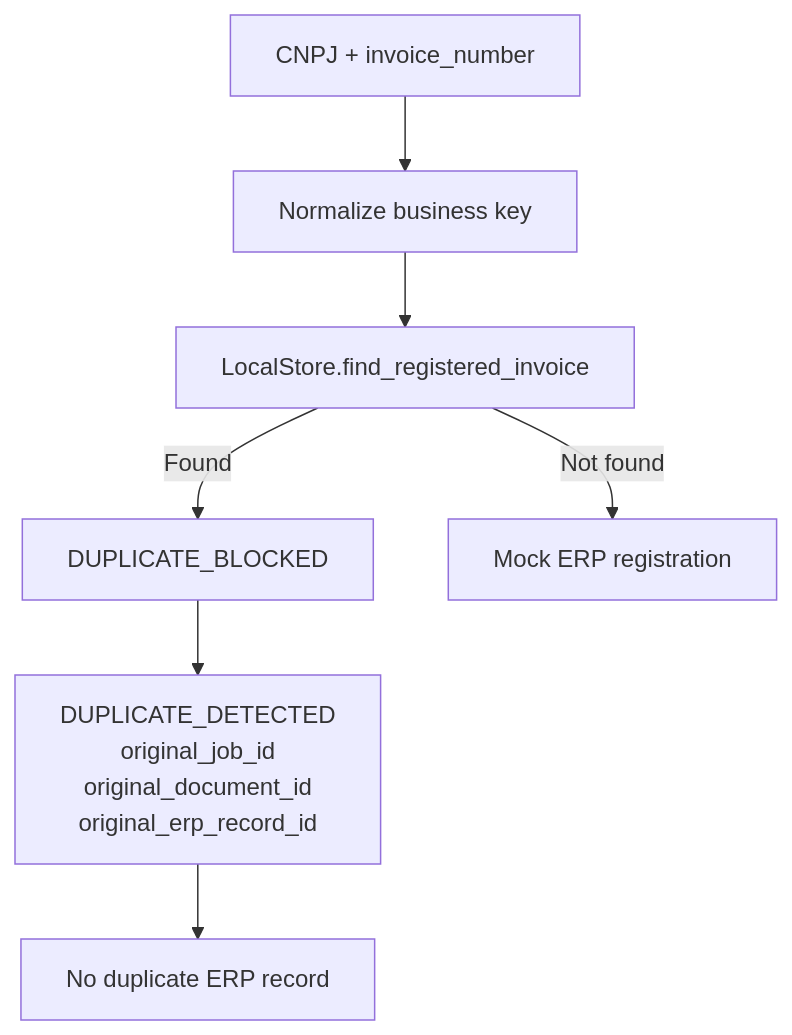
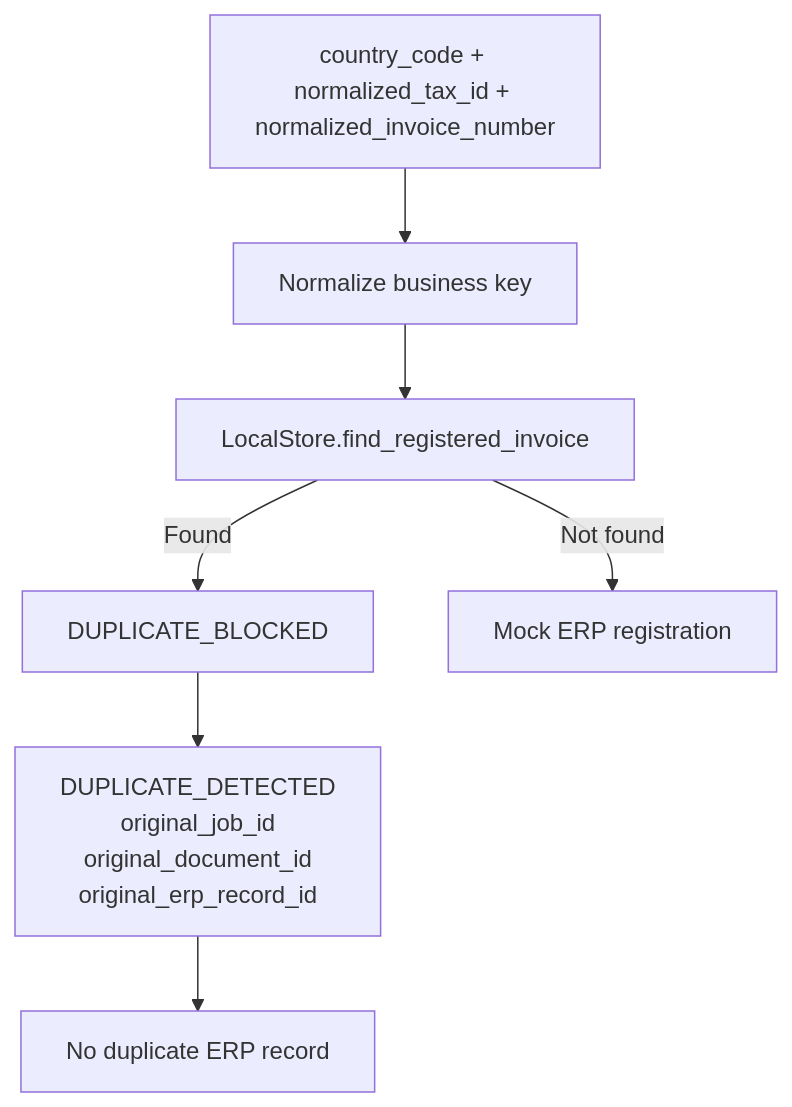
One commit to kakaroto2025/flowops-ai changed the third of 4 diagrams in docs/architecture.md. Above: the diagram before and after it, drawn with Mermaid. The commit also changed other lines of this file and 21 other files, not shown here.

````diff
--- a/docs/architecture.md
+++ b/docs/architecture.md
@@ -141,9 +165,9 @@
 ```mermaid
 flowchart TD
-    Fields["CNPJ + invoice_number"] --> Normalize["Normalize business key"]
+    Fields["country_code + normalized_tax_id + normalized_invoice_number"] --> Normalize["Normalize business key"]
     Normalize --> Check["LocalStore.find_registered_invoice"]
     Check -->|Found| Block["DUPLICATE_BLOCKED"]
     Block --> Event["DUPLICATE_DETECTED<br/>original_job_id<br/>original_document_id<br/>original_erp_record_id"]
     Event --> NoERP["No duplicate ERP record"]
     Check -->|Not found| ERP["Mock ERP registration"]
 ```
````
